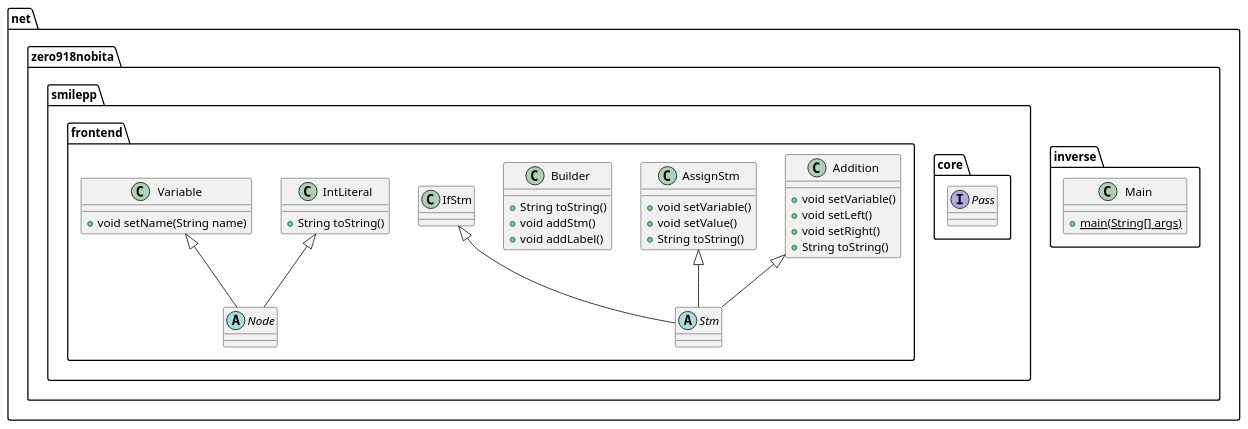
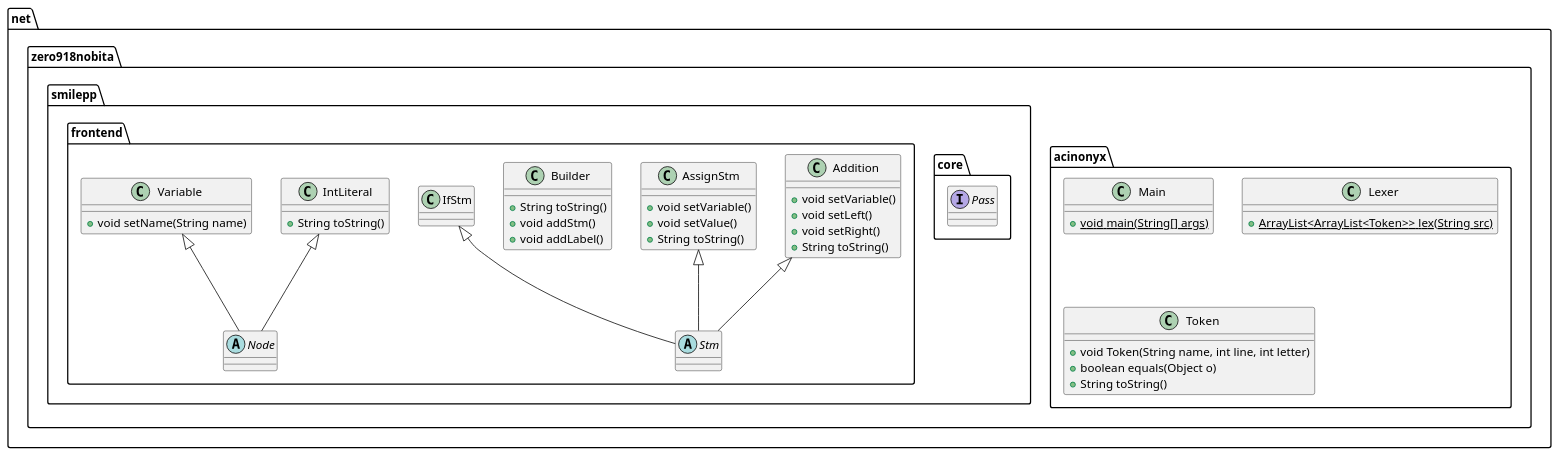
One commit to 0918nobita/Smile-pp changed the diagram in Smilepp/class_diagram.puml. Above: the diagram before and after it, drawn with PlantUML.

Commit message:
Update class diagram

```diff
--- a/Smilepp/class_diagram.puml
+++ b/Smilepp/class_diagram.puml
@@ -1,58 +1,68 @@
 @startuml
 
 package net.zero918nobita {
-  package inverse {
+  package acinonyx {
     class Main {
-      + {static} main(String[] args)
+      + {static} void main(String[] args)
+    }
+
+    class Lexer {
+      + {static} ArrayList<ArrayList<Token>> lex(String src)
+    }
+
+    class Token {
+      + void Token(String name, int line, int letter)
+      + boolean equals(Object o)
+      + String toString()
     }
   }
 
   package smilepp {
     package core {
       interface Pass
     }
 
     package frontend {
       class Addition {
         + void setVariable()
         + void setLeft()
         + void setRight()
         + String toString()
       }
 
       class AssignStm {
         + void setVariable()
         + void setValue()
         + String toString()
       }
 
       class Builder {
         + String toString()
         + void addStm()
         + void addLabel()
       }
 
       class IntLiteral {
         + String toString()
       }
 
       class IfStm {
       }
 
       abstract class Node
       abstract class Stm
 
       class Variable {
         + void setName(String name)
       }
 
       Addition <|-- Stm
       AssignStm <|-- Stm
       IfStm <|-- Stm
       IntLiteral <|-- Node
       Variable <|-- Node
     }
   }
 }
 
 @enduml
```
